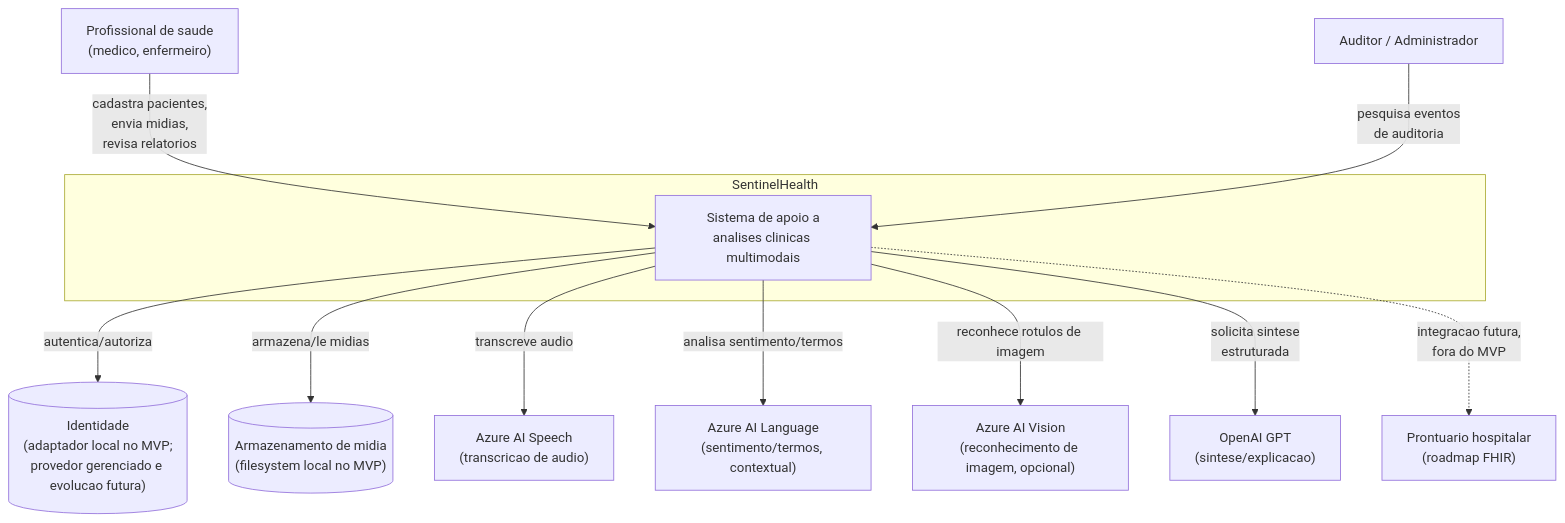
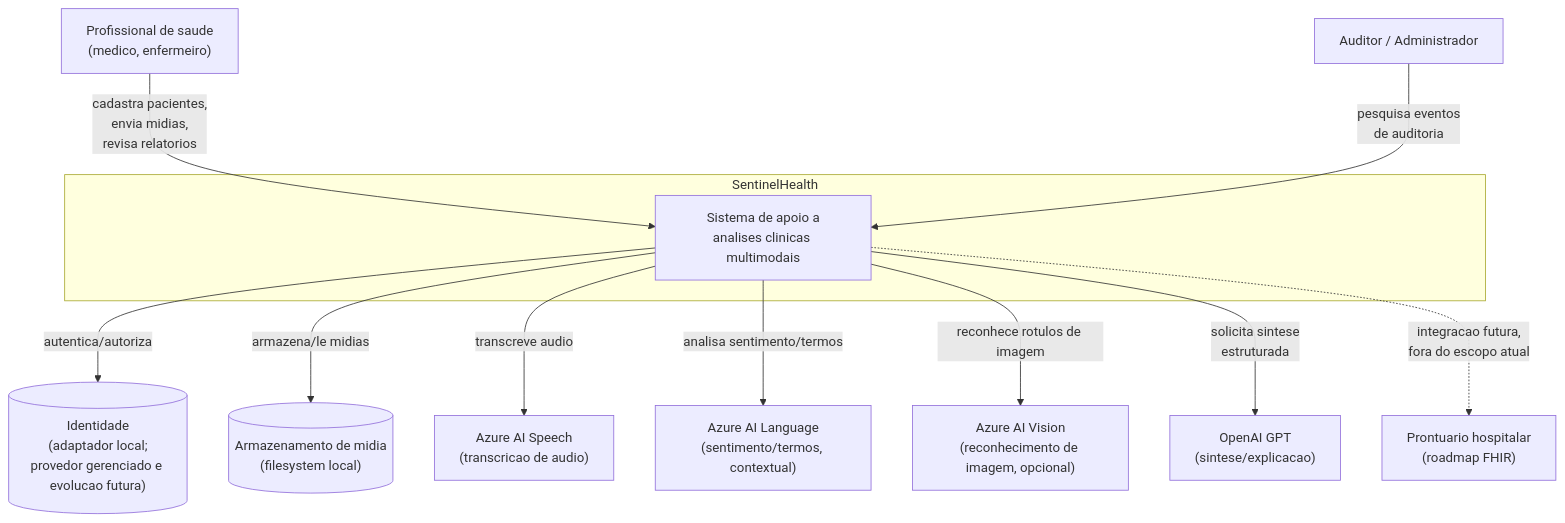
Before and after one commit to marcosvrc/sentinela-multimodal: the diagram in docs/architecture/01-contexto.mmd, drawn with Mermaid. The commit also changed 17 other files, not shown here.

Commit message:
Adjust diagrams

```diff
--- a/docs/architecture/01-contexto.mmd
+++ b/docs/architecture/01-contexto.mmd
@@ -1,27 +1,27 @@
 %% Diagrama de Contexto (C4 nivel 1) - SentinelHealth
 graph TB
     profissional["Profissional de saude<br/>(medico, enfermeiro)"]
     auditor["Auditor / Administrador"]
 
     subgraph sentinelhealth["SentinelHealth"]
         sistema["Sistema de apoio a<br/>analises clinicas multimodais"]
     end
 
-    identidade[("Identidade<br/>(adaptador local no MVP;<br/>provedor gerenciado e evolucao futura)")]
-    storage[("Armazenamento de midia<br/>(filesystem local no MVP)")]
+    identidade[("Identidade<br/>(adaptador local;<br/>provedor gerenciado e evolucao futura)")]
+    storage[("Armazenamento de midia<br/>(filesystem local)")]
     speech["Azure AI Speech<br/>(transcricao de audio)"]
     language["Azure AI Language<br/>(sentimento/termos, contextual)"]
     vision["Azure AI Vision<br/>(reconhecimento de imagem, opcional)"]
     openai["OpenAI GPT<br/>(sintese/explicacao)"]
     prontuario["Prontuario hospitalar<br/>(roadmap FHIR)"]
 
     profissional -->|cadastra pacientes,<br/>envia midias,<br/>revisa relatorios| sistema
     auditor -->|pesquisa eventos<br/>de auditoria| sistema
 
     sistema -->|autentica/autoriza| identidade
     sistema -->|armazena/le midias| storage
     sistema -->|transcreve audio| speech
     sistema -->|analisa sentimento/termos| language
     sistema -->|reconhece rotulos de imagem| vision
     sistema -->|solicita sintese<br/>estruturada| openai
-    sistema -.->|integracao futura,<br/>fora do MVP| prontuario
+    sistema -.->|integracao futura,<br/>fora do escopo atual| prontuario
```
